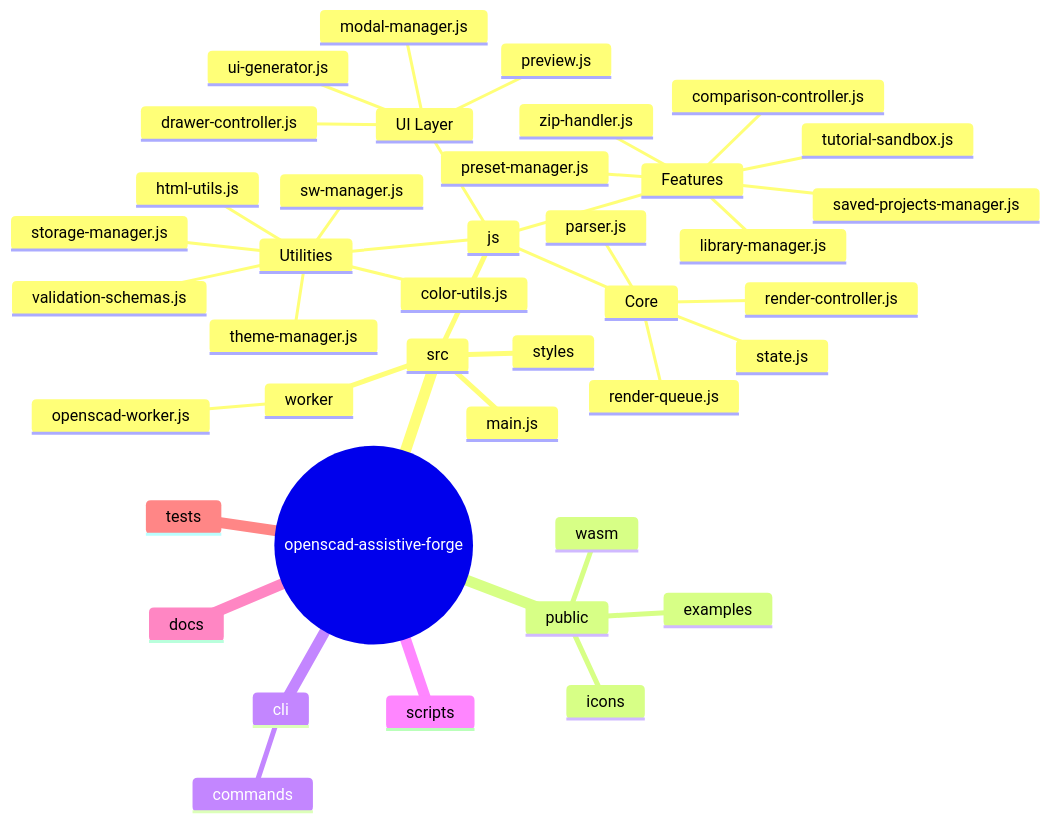
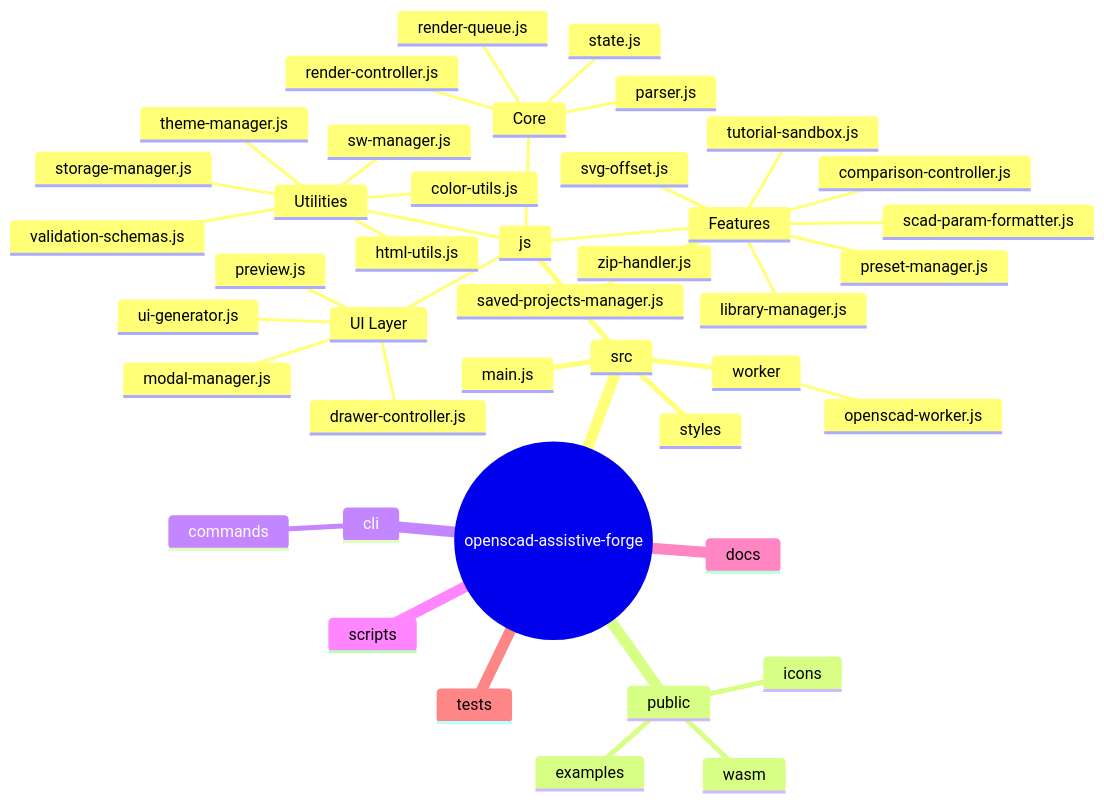
One commit to BrennenJohnston/openscad-assistive-forge changed the second of 17 diagrams in docs/ARCHITECTURE.md. Above: the diagram before and after it, drawn with Mermaid. The commit also changed 14 other files, not shown here.

````diff
--- a/docs/ARCHITECTURE.md
+++ b/docs/ARCHITECTURE.md
@@ -31,43 +31,45 @@
 ```mermaid
 mindmap
   root((openscad-assistive-forge))
     src
       main.js
       js
         Core
           parser.js
           state.js
           render-controller.js
           render-queue.js
         UI Layer
           ui-generator.js
           preview.js
           modal-manager.js
           drawer-controller.js
         Features
           preset-manager.js
           comparison-controller.js
           saved-projects-manager.js
           zip-handler.js
           library-manager.js
           tutorial-sandbox.js
+          svg-offset.js
+          scad-param-formatter.js
         Utilities
           storage-manager.js
           theme-manager.js
           validation-schemas.js
           sw-manager.js
           color-utils.js
           html-utils.js
       styles
       worker
         openscad-worker.js
     public
       wasm
       icons
       examples
     cli
       commands
     scripts
     docs
     tests
 ```
````
